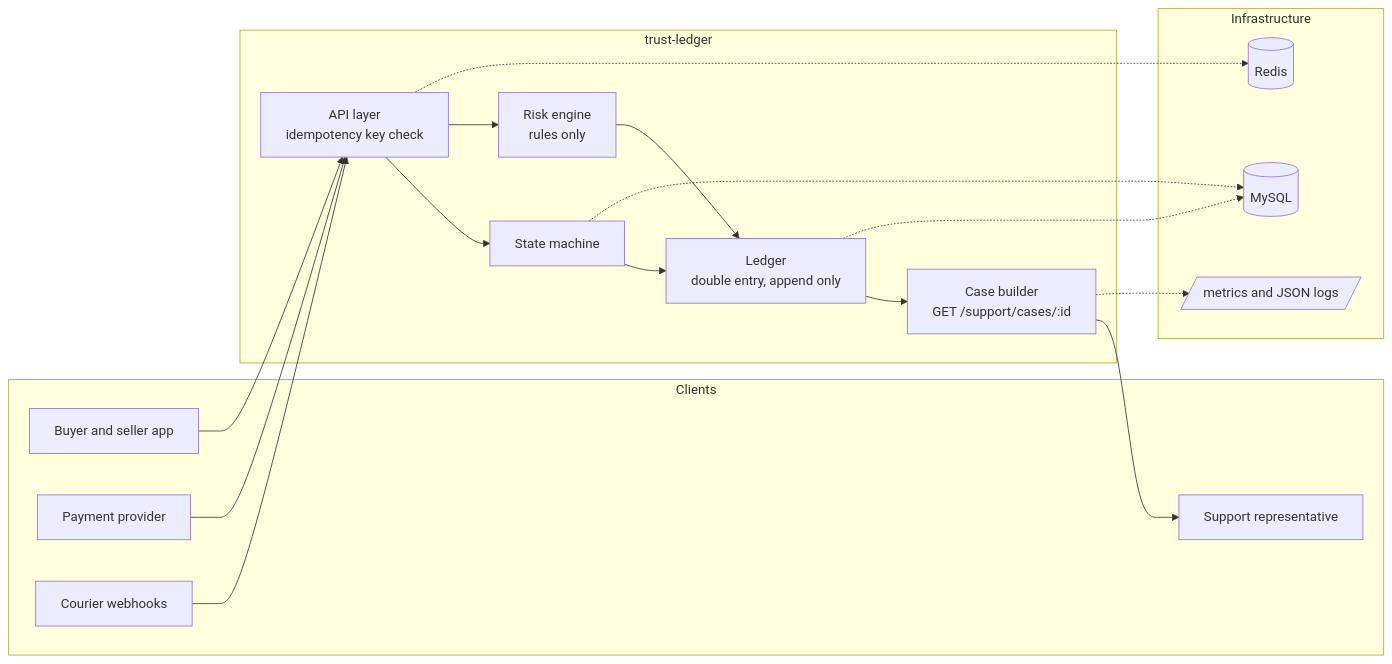
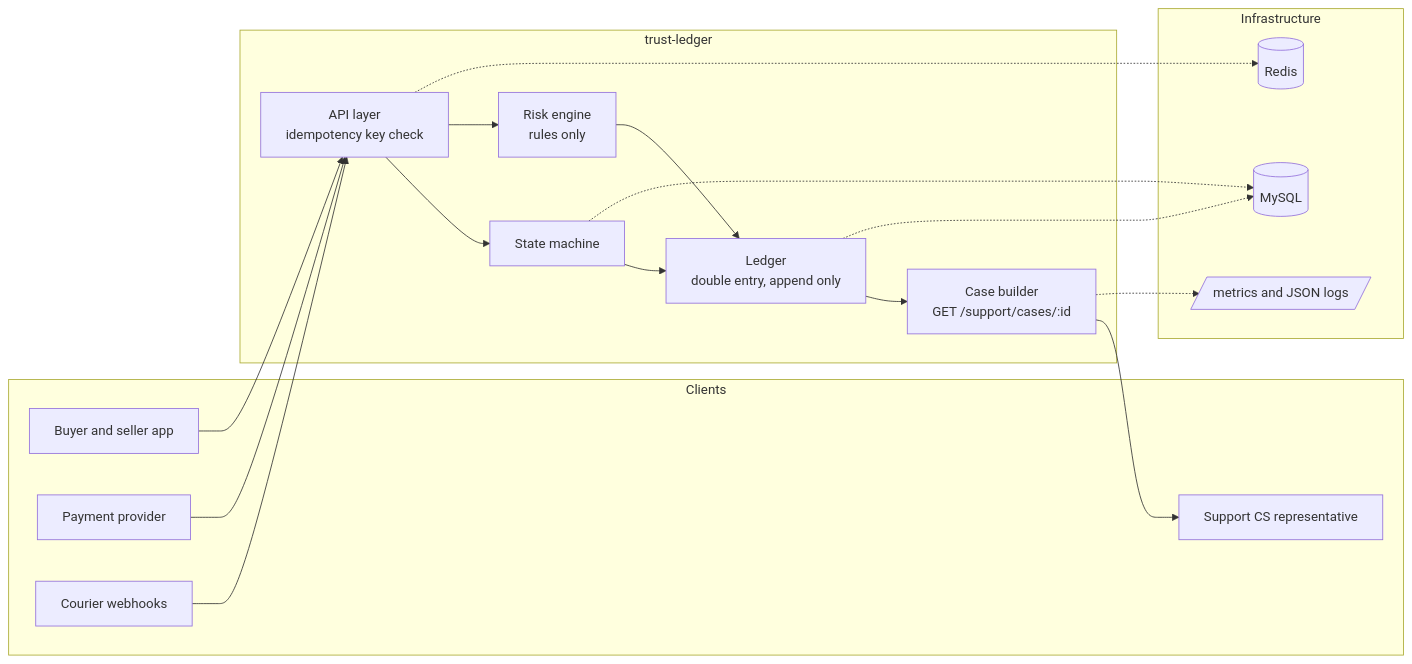
Before and after one commit to aliaksandrayurenia7/trust-ledger: the diagram in docs/03-architecture.md, drawn with Mermaid. The commit also changed 18 other files, not shown here.

````diff
--- a/docs/03-architecture.md
+++ b/docs/03-architecture.md
@@ -6,37 +6,37 @@
 ```mermaid
 flowchart LR
     subgraph clients [Clients]
         BUYER[Buyer and seller app]
         PAY[Payment provider]
         COURIER[Courier webhooks]
-        SUP[Support representative]
+        SUP[Support CS representative]
     end
 
     subgraph service [trust-ledger]
         API[API layer<br/>idempotency key check]
         SM[State machine]
         RISK[Risk engine<br/>rules only]
         LEDGER[Ledger<br/>double entry, append only]
         CASE[Case builder<br/>GET /support/cases/:id]
     end
 
     subgraph infra [Infrastructure]
         DB[(MySQL)]
         REDIS[(Redis)]
         OBS[/metrics and JSON logs/]
     end
 
     BUYER --> API
     PAY --> API
     COURIER --> API
     API --> SM
     API --> RISK
     SM --> LEDGER
     RISK --> LEDGER
     LEDGER --> CASE
     CASE --> SUP
     SM -.-> DB
     LEDGER -.-> DB
     API -.-> REDIS
     CASE -.-> OBS
 ```
````
